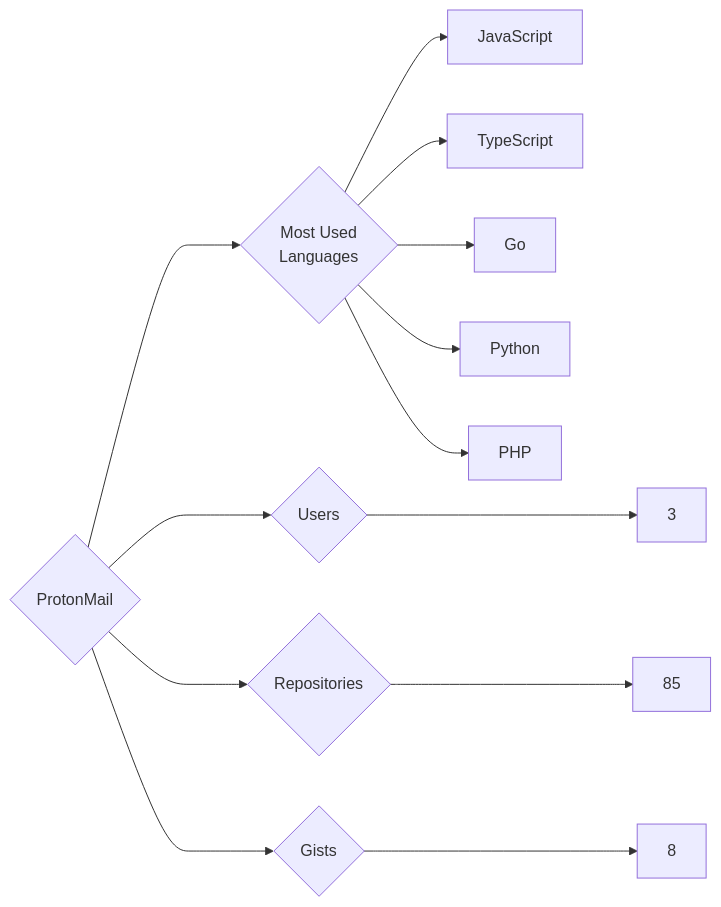
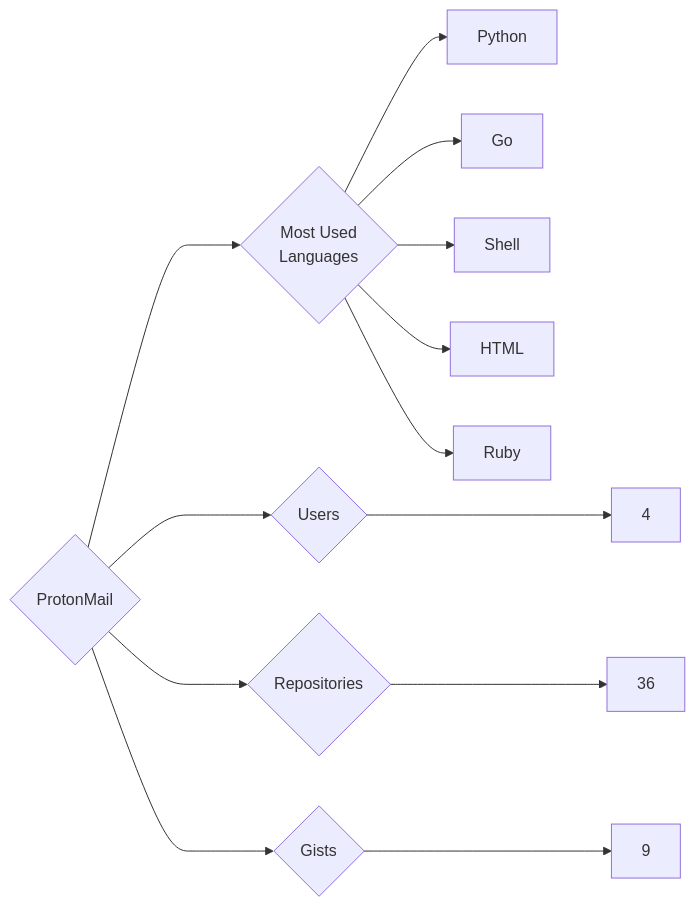
One commit to trickest/insiders changed the diagram in targets/ProtonMail/README.md. Above: the diagram before and after it, drawn with Mermaid. The commit also changed 748 other files, not shown here.

````diff
--- a/targets/ProtonMail/README.md
+++ b/targets/ProtonMail/README.md
@@ -3,13 +3,13 @@
 ```mermaid
 graph LR
 COMPANY_NAME{ProtonMail}
-COMPANY_NAME ---> U{Users} ---> UN[3]
-COMPANY_NAME ---> R{Repositories} ---> RN[85]
-COMPANY_NAME ---> G{Gists} ---> GN[8]
+COMPANY_NAME ---> U{Users} ---> UN[4]
+COMPANY_NAME ---> R{Repositories} ---> RN[36]
+COMPANY_NAME ---> G{Gists} ---> GN[9]
 COMPANY_NAME ---> ML{Most Used<br>Languages}
-ML --> JavaScript[JavaScript]
-ML --> TypeScript[TypeScript]
+ML --> Python[Python]
 ML --> Go[Go]
-ML --> Python[Python]
-ML --> PHP[PHP]
+ML --> Shell[Shell]
+ML --> HTML[HTML]
+ML --> Ruby[Ruby]
 ```
````
